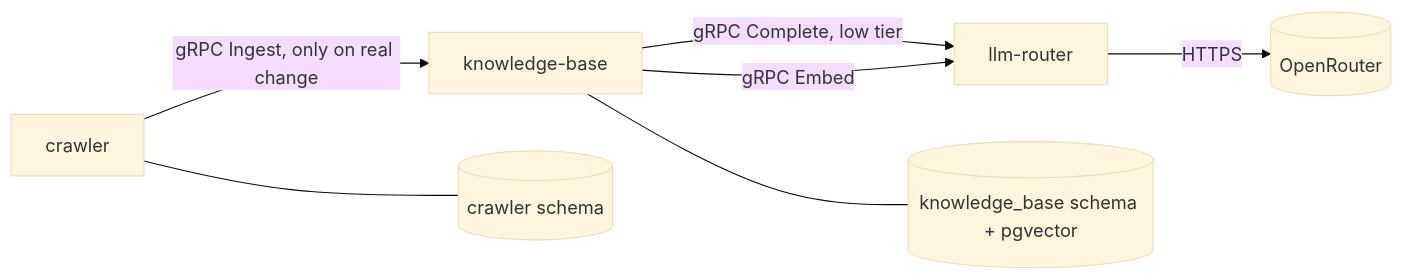
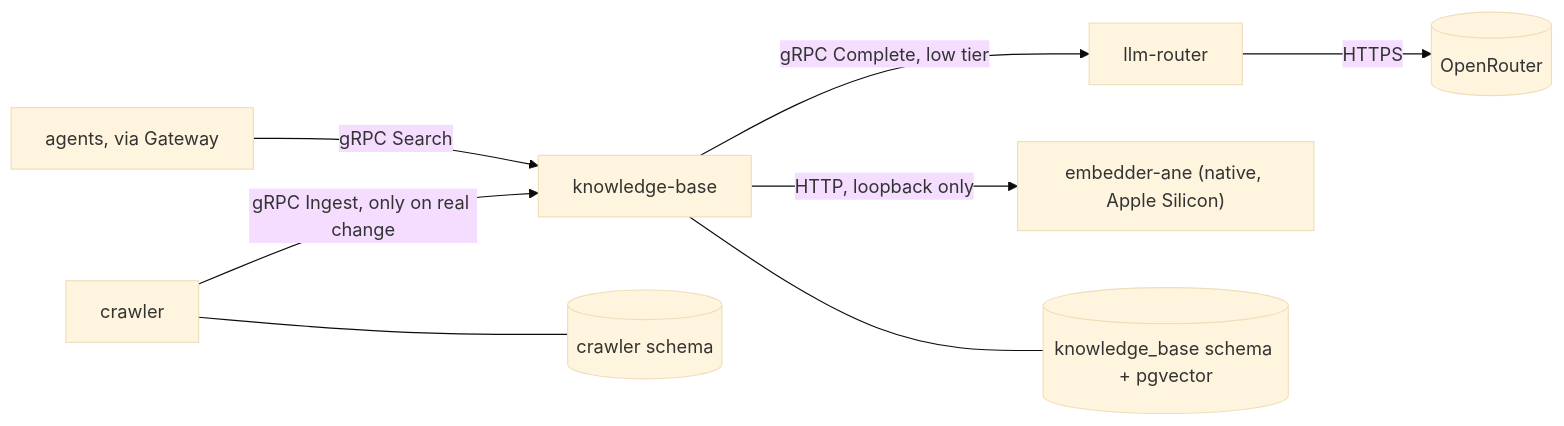
The diagram in docs/superpowers/specs/2026-09-11-knowledge-base-design.md (er-zhi/ai-engineering-boilerplate), drawn with Mermaid (base theme) before and after one commit. The commit also changed other lines of this file and 64 other files, not shown here.

````diff
--- a/docs/superpowers/specs/2026-09-11-knowledge-base-design.md
+++ b/docs/superpowers/specs/2026-09-11-knowledge-base-design.md
@@ -19,9 +19,10 @@
 ```mermaid
 flowchart LR
   crawler -->|gRPC Ingest, only on real change| kb["knowledge-base"]
-  kb -->|gRPC Complete, low tier| llm["llm-router"]
-  kb -->|gRPC Embed| llm
+  agents["agents, via Gateway"] -->|gRPC Search| kb
+  kb -->|"gRPC Complete, low tier"| llm["llm-router"]
   llm -->|HTTPS| openrouter[("OpenRouter")]
+  kb -->|"HTTP, loopback only"| embed["embedder-ane (native, Apple Silicon)"]
   crawler --- pgc[("crawler schema")]
   kb --- pgk[("knowledge_base schema + pgvector")]
 ```
````
